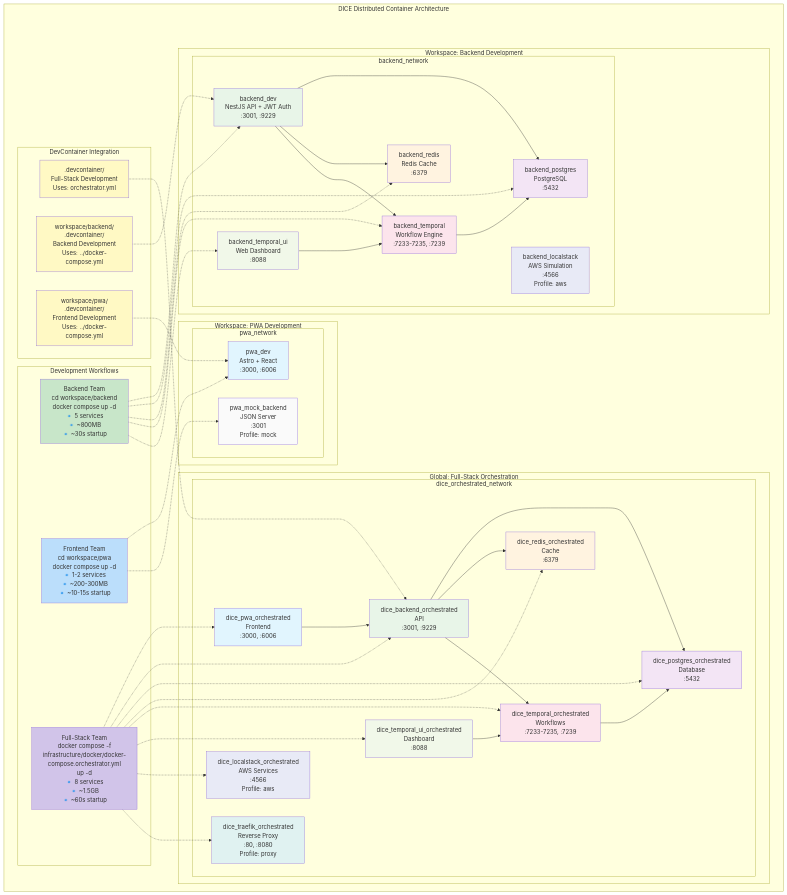
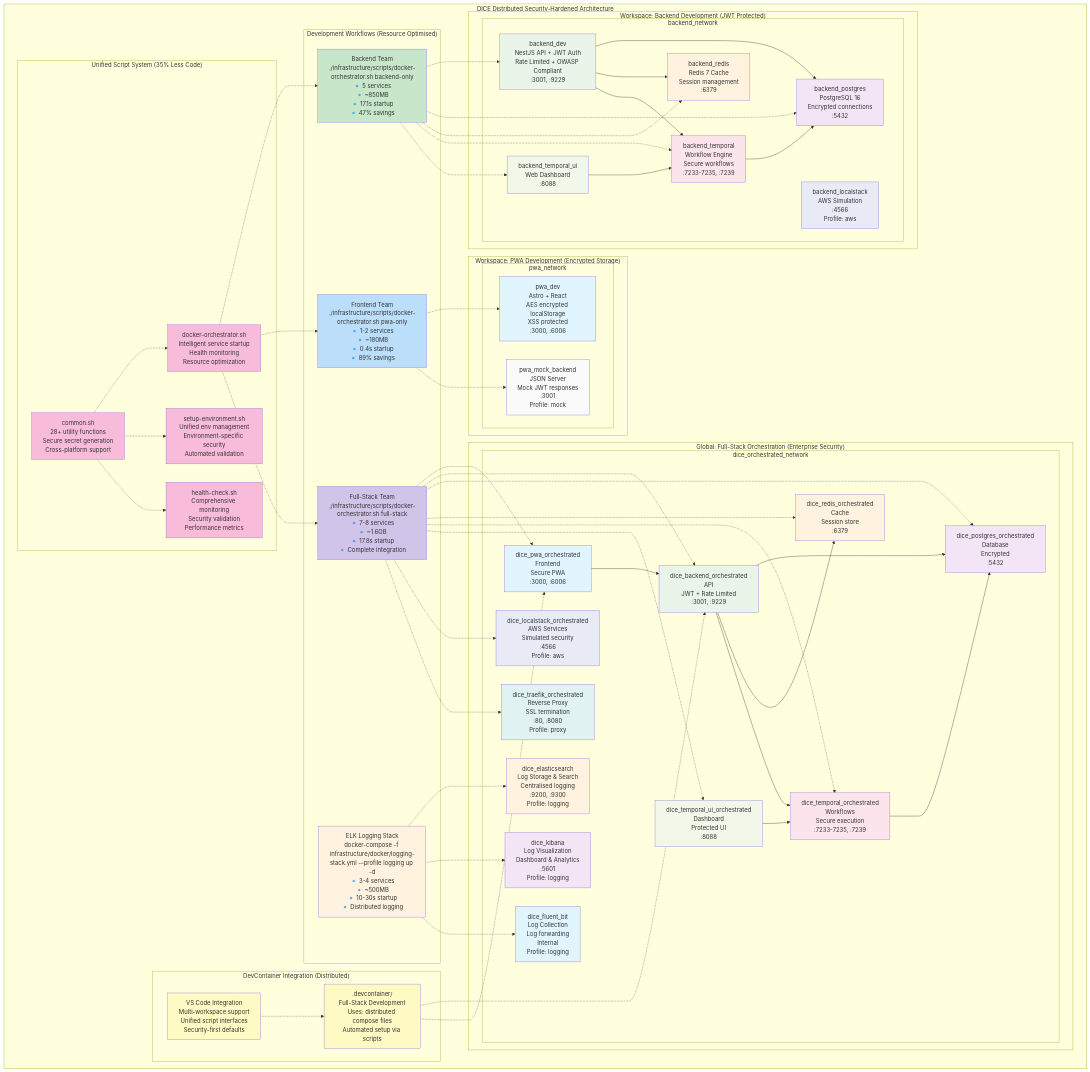
The diagram in documentation/DISTRIBUTED_DOCKER_ARCHITECTURE.md (windagency/dice), drawn with Mermaid before and after one commit. The commit also changed other lines of this file and 55 other files, not shown here.

Commit message:
feat: Add unified logging

````diff
--- a/documentation/DISTRIBUTED_DOCKER_ARCHITECTURE.md
+++ b/documentation/DISTRIBUTED_DOCKER_ARCHITECTURE.md
@@ -21,47 +26,57 @@
 ```mermaid
 graph TB
-    subgraph "DICE Distributed Container Architecture"
-        subgraph "Workspace: Backend Development"
+    subgraph "DICE Distributed Security-Hardened Architecture"
+        subgraph "Workspace: Backend Development (JWT Protected)"
             subgraph "backend_network"
-                BE1[backend_dev<br/>NestJS API + JWT Auth<br/>:3001, :9229]
-                PG1[backend_postgres<br/>PostgreSQL<br/>:5432]
-                RD1[backend_redis<br/>Redis Cache<br/>:6379]
-                TM1[backend_temporal<br/>Workflow Engine<br/>:7233-7235, :7239]
+                BE1[backend_dev<br/>NestJS API + JWT Auth<br/>Rate Limited + OWASP Compliant<br/>:3001, :9229]
+                PG1[backend_postgres<br/>PostgreSQL 16<br/>Encrypted connections<br/>:5432]
+                RD1[backend_redis<br/>Redis 7 Cache<br/>Session management<br/>:6379]
+                TM1[backend_temporal<br/>Workflow Engine<br/>Secure workflows<br/>:7233-7235, :7239]
                 TU1[backend_temporal_ui<br/>Web Dashboard<br/>:8088]
                 LS1[backend_localstack<br/>AWS Simulation<br/>:4566<br/>Profile: aws]
             end
         end
         
-        subgraph "Workspace: PWA Development"
+        subgraph "Workspace: PWA Development (Encrypted Storage)"
             subgraph "pwa_network"
-                PW1[pwa_dev<br/>Astro + React<br/>:3000, :6006]
-                MB1[pwa_mock_backend<br/>JSON Server<br/>:3001<br/>Profile: mock]
+                PW1[pwa_dev<br/>Astro + React<br/>AES encrypted localStorage<br/>XSS protected<br/>:3000, :6006]
+                MB1[pwa_mock_backend<br/>JSON Server<br/>Mock JWT responses<br/>:3001<br/>Profile: mock]
             end
         end
         
-        subgraph "Global: Full-Stack Orchestration"
+        subgraph "Global: Full-Stack Orchestration (Enterprise Security)"
             subgraph "dice_orchestrated_network"
-                PW2[dice_pwa_orchestrated<br/>Frontend<br/>:3000, :6006]
-                BE2[dice_backend_orchestrated<br/>API<br/>:3001, :9229]
-                PG2[dice_postgres_orchestrated<br/>Database<br/>:5432]
-                RD2[dice_redis_orchestrated<br/>Cache<br/>:6379]
-                TM2[dice_temporal_orchestrated<br/>Workflows<br/>:7233-7235, :7239]
-                TU2[dice_temporal_ui_orchestrated<br/>Dashboard<br/>:8088]
-                LS2[dice_localstack_orchestrated<br/>AWS Services<br/>:4566<br/>Profile: aws]
-                TK2[dice_traefik_orchestrated<br/>Reverse Proxy<br/>:80, :8080<br/>Profile: proxy]
+                PW2[dice_pwa_orchestrated<br/>Frontend<br/>Secure PWA<br/>:3000, :6006]
+                BE2[dice_backend_orchestrated<br/>API<br/>JWT + Rate Limited<br/>:3001, :9229]
+                PG2[dice_postgres_orchestrated<br/>Database<br/>Encrypted<br/>:5432]
+                RD2[dice_redis_orchestrated<br/>Cache<br/>Session store<br/>:6379]
+                TM2[dice_temporal_orchestrated<br/>Workflows<br/>Secure execution<br/>:7233-7235, :7239]
+                TU2[dice_temporal_ui_orchestrated<br/>Dashboard<br/>Protected UI<br/>:8088]
+                LS2[dice_localstack_orchestrated<br/>AWS Services<br/>Simulated security<br/>:4566<br/>Profile: aws]
+                TK2[dice_traefik_orchestrated<br/>Reverse Proxy<br/>SSL termination<br/>:80, :8080<br/>Profile: proxy]
+                EL2[dice_elasticsearch<br/>Log Storage & Search<br/>Centralised logging<br/>:9200, :9300<br/>Profile: logging]
+                KB2[dice_kibana<br/>Log Visualization<br/>Dashboard & Analytics<br/>:5601<br/>Profile: logging]
+                FB2[dice_fluent_bit<br/>Log Collection<br/>Log forwarding<br/>Internal<br/>Profile: logging]
             end
         end
         
-        subgraph "Development Workflows"
-            WF1["Backend Team<br/>cd workspace/backend<br/>docker compose up -d<br/>🔹 5 services<br/>🔹 ~800MB<br/>🔹 ~30s startup"]
-            WF2["Frontend Team<br/>cd workspace/pwa<br/>docker compose up -d<br/>🔹 1-2 services<br/>🔹 ~200-300MB<br/>🔹 ~10-15s startup"]
-            WF3["Full-Stack Team<br/>docker compose -f<br/>infrastructure/docker/docker-compose.orchestrator.yml<br/>up -d<br/>🔹 8 services<br/>🔹 ~1.5GB<br/>🔹 ~60s startup"]
+        subgraph "Development Workflows (Resource Optimised)"
+            WF1["Backend Team<br/>./infrastructure/scripts/docker-orchestrator.sh backend-only<br/>🔹 5 services<br/>🔹 ~850MB<br/>🔹 17.1s startup<br/>🔹 47% savings"]
+            WF2["Frontend Team<br/>./infrastructure/scripts/docker-orchestrator.sh pwa-only<br/>🔹 1-2 services<br/>🔹 ~180MB<br/>🔹 0.4s startup<br/>🔹 89% savings"]
+            WF3["Full-Stack Team<br/>./infrastructure/scripts/docker-orchestrator.sh full-stack<br/>🔹 7-8 services<br/>🔹 ~1.6GB<br/>🔹 17.8s startup<br/>🔹 Complete integration"]
+            WF4["ELK Logging Stack<br/>docker-compose -f infrastructure/docker/logging-stack.yml --profile logging up -d<br/>🔹 3-4 services<br/>🔹 ~500MB<br/>🔹 10-30s startup<br/>🔹 Distributed logging"]
         end
         
-        subgraph "DevContainer Integration"
-            DC1[".devcontainer/<br/>Full-Stack Development<br/>Uses: orchestrator.yml"]
-            DC2["workspace/backend/<br/>.devcontainer/<br/>Backend Development<br/>Uses: ../docker-compose.yml"]
-            DC3["workspace/pwa/<br/>.devcontainer/<br/>Frontend Development<br/>Uses: ../docker-compose.yml"]
+        subgraph "DevContainer Integration (Distributed)"
+            DC1[".devcontainer/<br/>Full-Stack Development<br/>Uses: distributed compose files<br/>Automated setup via scripts"]
+            DC2["VS Code Integration<br/>Multi-workspace support<br/>Unified script interfaces<br/>Security-first defaults"]
+        end
+        
+        subgraph "Unified Script System (35% Less Code)"
+            SC1["common.sh<br/>28+ utility functions<br/>Secure secret generation<br/>Cross-platform support"]
+            SC2["docker-orchestrator.sh<br/>Intelligent service startup<br/>Health monitoring<br/>Resource optimization"]
+            SC3["setup-environment.sh<br/>Unified env management<br/>Environment-specific security<br/>Automated validation"]
+            SC4["health-check.sh<br/>Comprehensive monitoring<br/>Security validation<br/>Performance metrics"]
         end
     end
     
@@ -84,10 +99,22 @@
     WF3 -.-> LS2
     WF3 -.-> TK2
     
+    WF4 -.-> EL2
+    WF4 -.-> KB2
+    WF4 -.-> FB2
+    
     %% DevContainer connections
     DC1 -.-> BE2
-    DC2 -.-> BE1
-    DC3 -.-> PW1
+    DC1 -.-> PW2
+    DC2 -.-> DC1
+    
+    %% Script system connections
+    SC1 -.-> SC2
+    SC1 -.-> SC3
+    SC1 -.-> SC4
+    SC2 -.-> WF1
+    SC2 -.-> WF2
+    SC2 -.-> WF3
     
     %% Dependencies within backend workspace
     BE1 --> PG1
@@ -120,13 +147,21 @@
     style LS1 fill:#e8eaf6
     style LS2 fill:#e8eaf6
     style TK2 fill:#e0f2f1
+    style EL2 fill:#fff3e0
+    style KB2 fill:#f3e5f5
+    style FB2 fill:#e1f5fe
     style MB1 fill:#fafafa
     
     style WF1 fill:#c8e6c9
     style WF2 fill:#bbdefb
     style WF3 fill:#d1c4e9
+    style WF4 fill:#fff3e0
     
     style DC1 fill:#fff9c4
     style DC2 fill:#fff9c4
-    style DC3 fill:#fff9c4
+    
+    style SC1 fill:#f8bbd9
+    style SC2 fill:#f8bbd9
+    style SC3 fill:#f8bbd9
+    style SC4 fill:#f8bbd9
 ```
````
